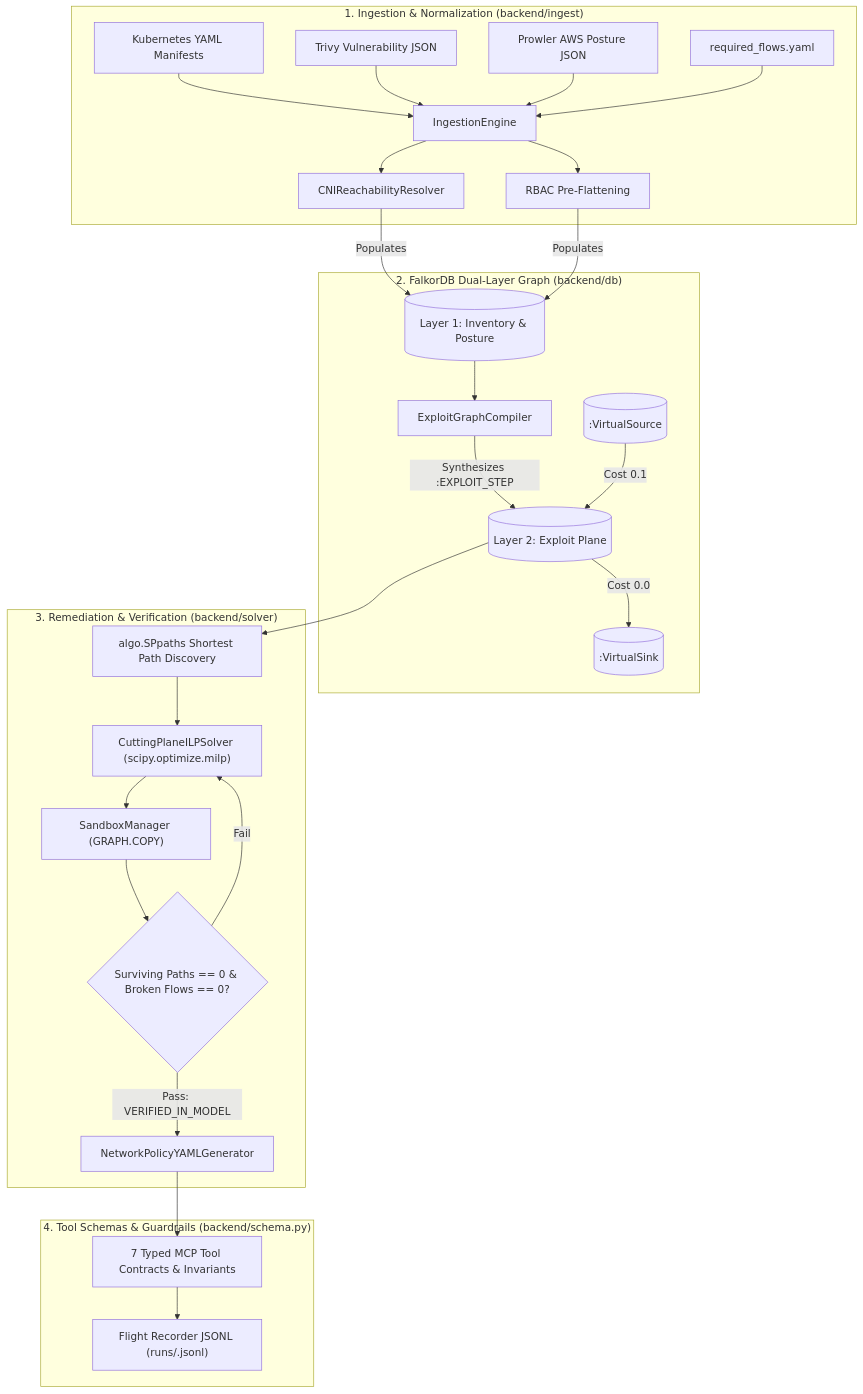
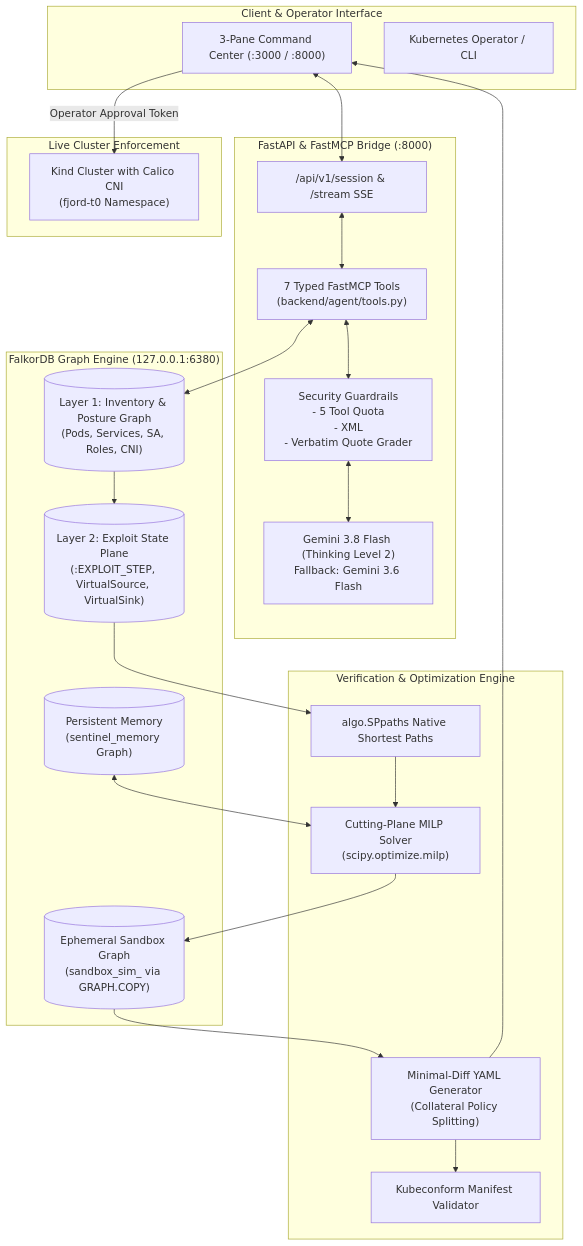
One commit to humidyfier/Fjord-Agent changed the diagram in README.md. Above: the diagram before and after it, drawn with Mermaid. The commit also changed other lines of this file and 9 other files, not shown here.

````diff
--- a/README.md
+++ b/README.md
@@ -60,34 +47,47 @@
 ```mermaid
 flowchart TD
-    subgraph Ingestion ["1. Ingestion & Normalization (backend/ingest)"]
-        K8s[Kubernetes YAML Manifests] --> Ingest[IngestionEngine]
-        Trivy[Trivy Vulnerability JSON] --> Ingest
-        Prowler[Prowler AWS Posture JSON] --> Ingest
-        ReqFlows[required_flows.yaml] --> Ingest
-        Ingest --> CNI[CNIReachabilityResolver]
-        Ingest --> RBAC[RBAC Pre-Flattening]
+    subgraph Client ["Client & Operator Interface"]
+        UI["3-Pane Command Center (:3000 / :8000)"]
+        CLI["Kubernetes Operator / CLI"]
     end
 
-    subgraph FalkorDB ["2. FalkorDB Dual-Layer Graph (backend/db)"]
-        CNI -->|Populates| L1[(Layer 1: Inventory & Posture)]
-        RBAC -->|Populates| L1
-        L1 --> Compiler[ExploitGraphCompiler]
-        Compiler -->|Synthesizes :EXPLOIT_STEP| L2[(Layer 2: Exploit Plane)]
-        VSrc[(:VirtualSource)] -->|Cost 0.1| L2
-        L2 -->|Cost 0.0| VSink[(:VirtualSink)]
+    subgraph FastMCP ["FastAPI & FastMCP Bridge (:8000)"]
+        Router["/api/v1/session & /stream SSE"]
+        MCP["7 Typed FastMCP Tools\n(backend/agent/tools.py)"]
+        Guard["Security Guardrails\n- 5 Tool Quota\n- <untrusted_data> XML\n- Verbatim Quote Grader"]
+        LLM["Gemini 3.8 Flash (Thinking Level 2)\nFallback: Gemini 3.6 Flash"]
     end
 
-    subgraph Remediation ["3. Remediation & Verification (backend/solver)"]
-        L2 --> SPpaths["algo.SPpaths Shortest Path Discovery"]
-        SPpaths --> ILP["CuttingPlaneILPSolver (scipy.optimize.milp)"]
-        ILP --> Sandbox["SandboxManager (GRAPH.COPY)"]
-        Sandbox --> Verify{"Surviving Paths == 0 & Broken Flows == 0?"}
-        Verify -->|Pass: VERIFIED_IN_MODEL| DiffGen[NetworkPolicyYAMLGenerator]
-        Verify -->|Fail| ILP
+    subgraph Engine ["FalkorDB Graph Engine (127.0.0.1:6380)"]
+        L1[("Layer 1: Inventory & Posture Graph\n(Pods, Services, SA, Roles, CNI)")]
+        L2[("Layer 2: Exploit State Plane\n(:EXPLOIT_STEP, VirtualSource, VirtualSink)")]
+        Sandbox[("Ephemeral Sandbox Graph\n(sandbox_sim_<id> via GRAPH.COPY)")]
+        Memory[("Persistent Memory\n(sentinel_memory Graph)")]
     end
 
-    subgraph AgentSchema ["4. Tool Schemas & Guardrails (backend/schema.py)"]
-        DiffGen --> SchemaContracts["7 Typed MCP Tool Contracts & Invariants"]
-        SchemaContracts --> FlightLog["Flight Recorder JSONL (runs/<session_id>.jsonl)"]
+    subgraph SolverEngine ["Verification & Optimization Engine"]
+        SPpaths["algo.SPpaths Native Shortest Paths"]
+        MILP["Cutting-Plane MILP Solver\n(scipy.optimize.milp)"]
+        DiffGen["Minimal-Diff YAML Generator\n(Collateral Policy Splitting)"]
+        Kubeconform["Kubeconform Manifest Validator"]
     end
+
+    subgraph LiveCluster ["Live Cluster Enforcement"]
+        Calico["Kind Cluster with Calico CNI\n(fjord-t0 Namespace)"]
+    end
+
+    UI <--> Router
+    Router <--> MCP
+    MCP <--> Guard
+    Guard <--> LLM
+    MCP <--> L1
+    L1 --> L2
+    L2 --> SPpaths
+    SPpaths --> MILP
+    MILP --> Sandbox
+    Sandbox --> DiffGen
+    DiffGen --> Kubeconform
+    DiffGen --> UI
+    UI -->|Operator Approval Token| Calico
+    Memory <--> MILP
 ```
````
